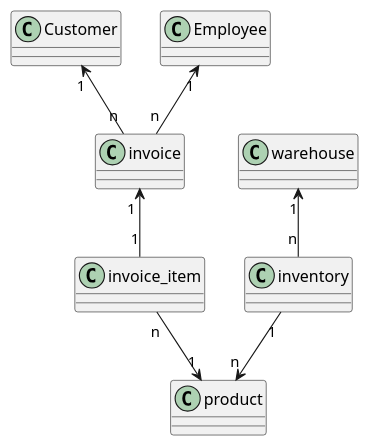
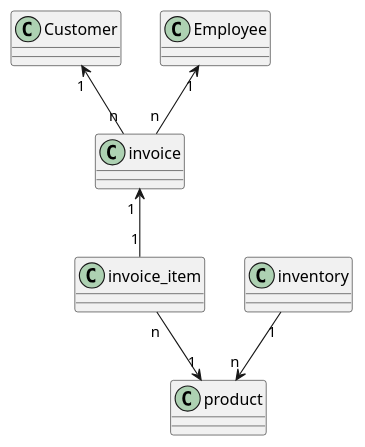
One commit to 2122-4ahif-nvs/01-microproject-AnnaHartl changed the diagram in asciidocs/plantuml/cld_garder.puml. Above: the diagram before and after it, drawn with PlantUML. The commit also changed 1 other file, not shown here.

Commit message:
deleted entity warehouse

```diff
--- a/asciidocs/plantuml/cld_garder.puml
+++ b/asciidocs/plantuml/cld_garder.puml
@@ -1,8 +1,7 @@
 @startuml
 Customer "1" <-- "n" invoice
 invoice "1 " <-- "1" invoice_item
 invoice_item "n" --> "1" product
 Employee "1" <-- "n" invoice
-warehouse "1" <-- "n" inventory
 inventory "1" --> "n" product
 @enduml
```
